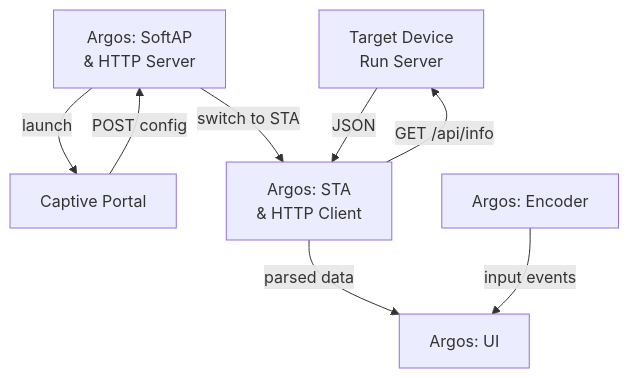
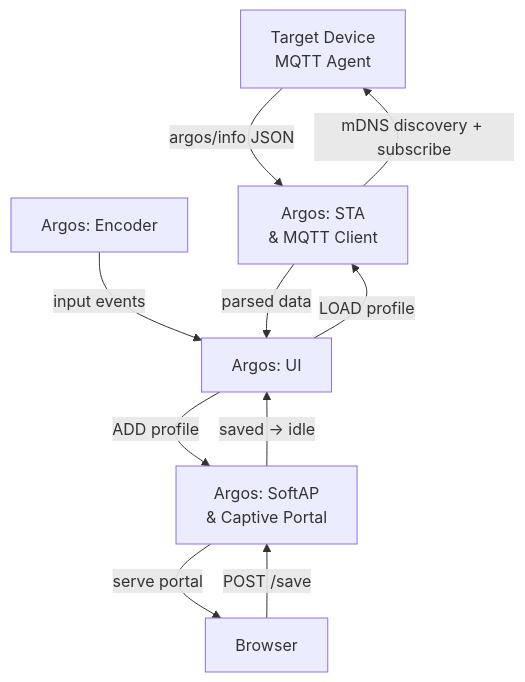
The diagram in readme.md (Jav1ki4N/Argos), drawn with Mermaid before and after one commit. The commit also changed other lines of this file and 4 other files, not shown here.

````diff
--- a/readme.md
+++ b/readme.md
@@ -46,17 +48,19 @@
 ```mermaid
 graph TD
-  A["Target Device<br/>Run Server"]
-  B["Argos: SoftAP<br/>& HTTP Server"]
-  C["Captive Portal"]
-  D["Argos: STA<br/>& HTTP Client"]
+  A["Target Device<br/>MQTT Agent"]
+  B["Argos: SoftAP<br/>& Captive Portal"]
+  C["Browser"]
+  D["Argos: STA<br/>& MQTT Client"]
   E["Argos: UI"]
   F["Argos: Encoder"]
 
-  B -->|"launch"| C
-  C -->|"POST config"| B
-  B -->|"switch to STA"| D
-  D -->|"GET /api/info"| A
-  A -->|"JSON"| D
+  F -->|"input events"| E
+  E -->|"ADD profile"| B
+  B -->|"serve portal"| C
+  C -->|"POST /save"| B
+  B -->|"saved → idle"| E
+  E -->|"LOAD profile"| D
+  D -->|"mDNS discovery + subscribe"| A
+  A -->|"argos/info JSON"| D
   D -->|"parsed data"| E
-  F -->|"input events"| E
 ```
````
